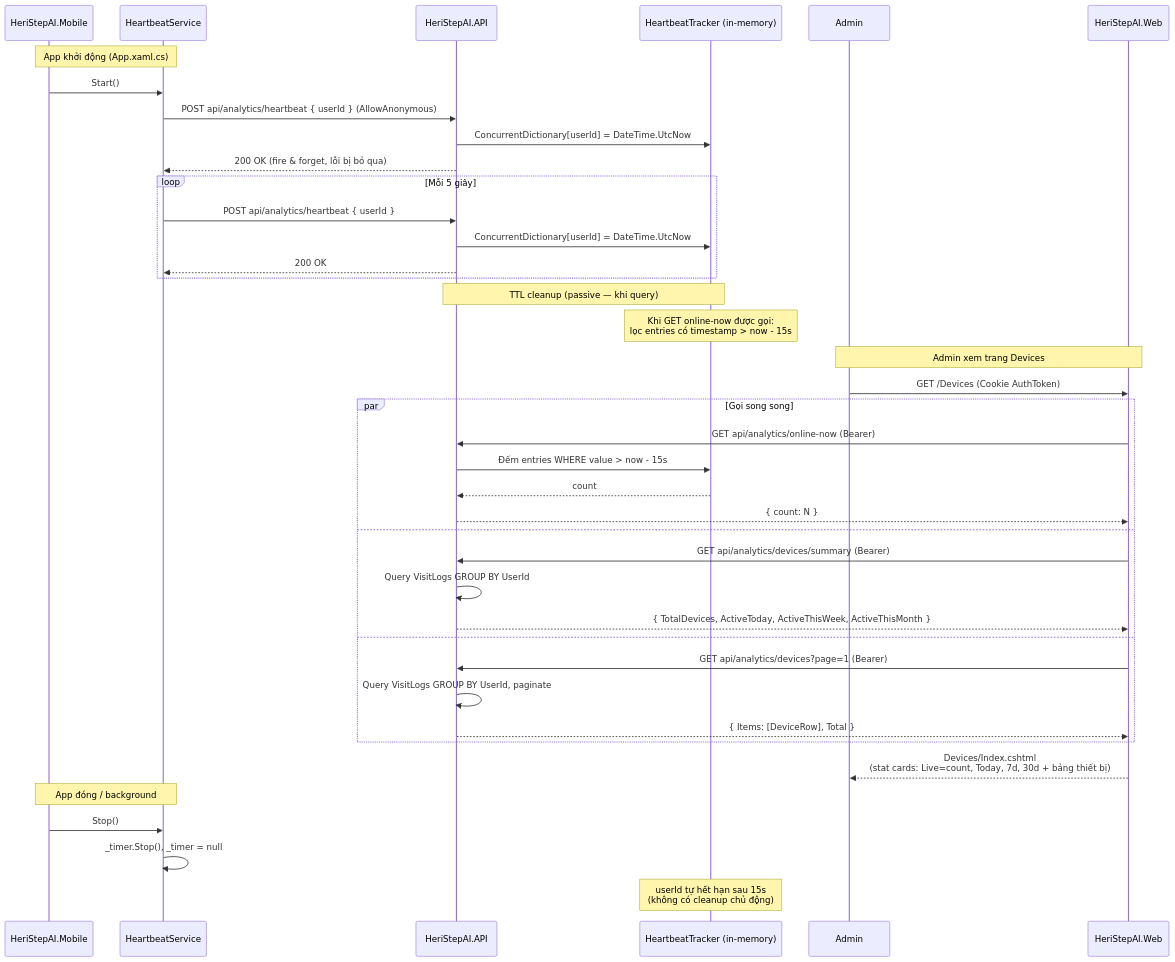
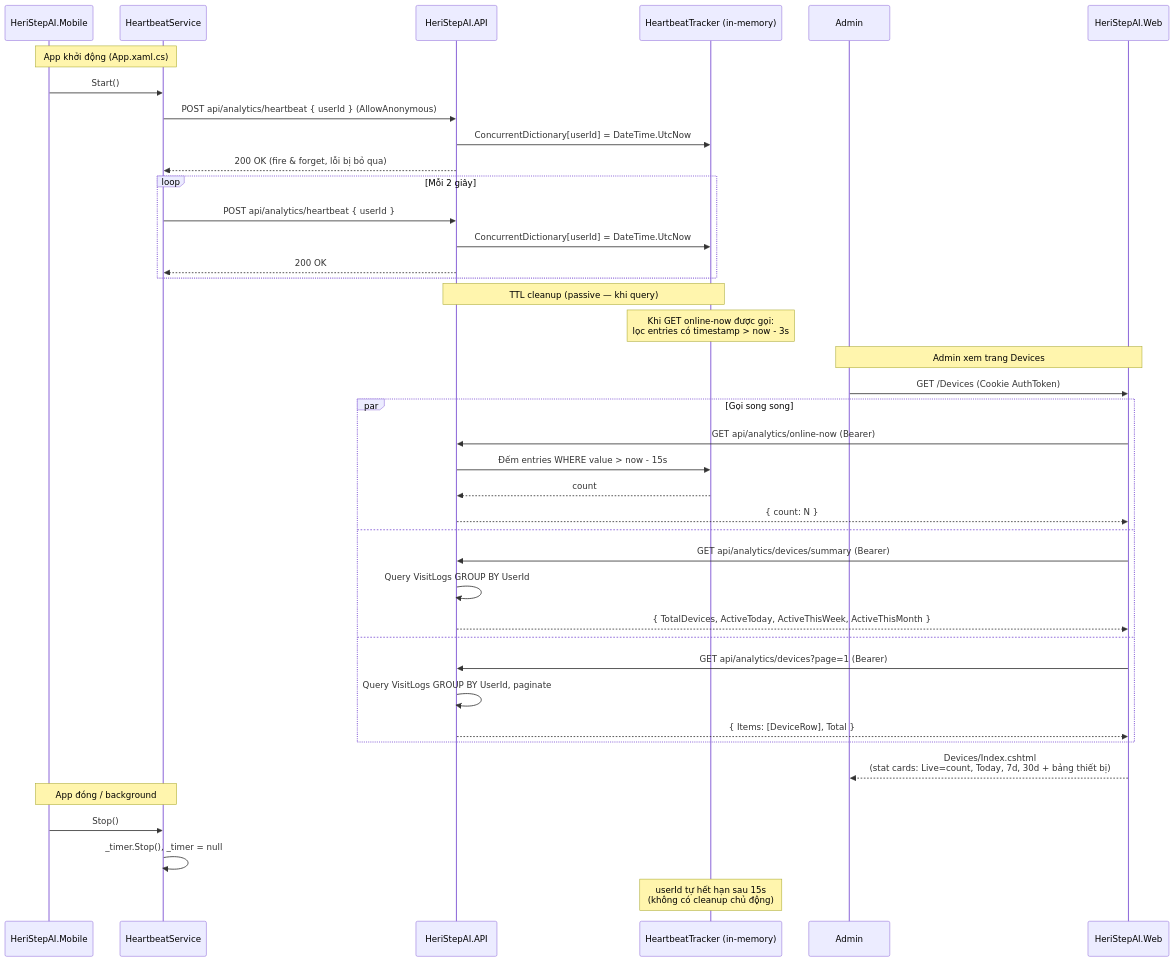
Diagram 31 of 48 in docs/PRODUCT_REQUIREMENTS.md (KhanhChung2k5/k_tour), drawn with Mermaid before and after one commit. The commit also changed other lines of this file and 8 other files, not shown here.

````diff
--- a/docs/PRODUCT_REQUIREMENTS.md
+++ b/docs/PRODUCT_REQUIREMENTS.md
@@ -1593,47 +1609,47 @@
 ```mermaid
 sequenceDiagram
     participant App as HeriStepAI.Mobile
     participant HB as HeartbeatService
     participant API as HeriStepAI.API
     participant Tracker as HeartbeatTracker (in-memory)
     participant Admin
     participant Web as HeriStepAI.Web
 
     Note over App,HB: App khởi động (App.xaml.cs)
     App->>HB: Start()
     HB->>API: POST api/analytics/heartbeat { userId } (AllowAnonymous)
     API->>Tracker: ConcurrentDictionary[userId] = DateTime.UtcNow
     API-->>HB: 200 OK (fire & forget, lỗi bị bỏ qua)
 
-    loop Mỗi 5 giây
+    loop Mỗi 2 giây
         HB->>API: POST api/analytics/heartbeat { userId }
         API->>Tracker: ConcurrentDictionary[userId] = DateTime.UtcNow
         API-->>HB: 200 OK
     end
 
     Note over API,Tracker: TTL cleanup (passive — khi query)
-    Note over Tracker: Khi GET online-now được gọi:<br/>lọc entries có timestamp > now - 15s
+    Note over Tracker: Khi GET online-now được gọi:<br/>lọc entries có timestamp > now - 3s
 
     Note over Admin,Web: Admin xem trang Devices
     Admin->>Web: GET /Devices (Cookie AuthToken)
     par Gọi song song
         Web->>API: GET api/analytics/online-now (Bearer)
         API->>Tracker: Đếm entries WHERE value > now - 15s
         Tracker-->>API: count
         API-->>Web: { count: N }
     and
         Web->>API: GET api/analytics/devices/summary (Bearer)
         API->>API: Query VisitLogs GROUP BY UserId
         API-->>Web: { TotalDevices, ActiveToday, ActiveThisWeek, ActiveThisMonth }
     and
         Web->>API: GET api/analytics/devices?page=1 (Bearer)
         API->>API: Query VisitLogs GROUP BY UserId, paginate
         API-->>Web: { Items: [DeviceRow], Total }
     end
     Web-->>Admin: Devices/Index.cshtml<br/>(stat cards: Live=count, Today, 7d, 30d + bảng thiết bị)
 
     Note over App,HB: App đóng / background
     App->>HB: Stop()
     HB->>HB: _timer.Stop(), _timer = null
     Note over Tracker: userId tự hết hạn sau 15s<br/>(không có cleanup chủ động)
 ```
````
